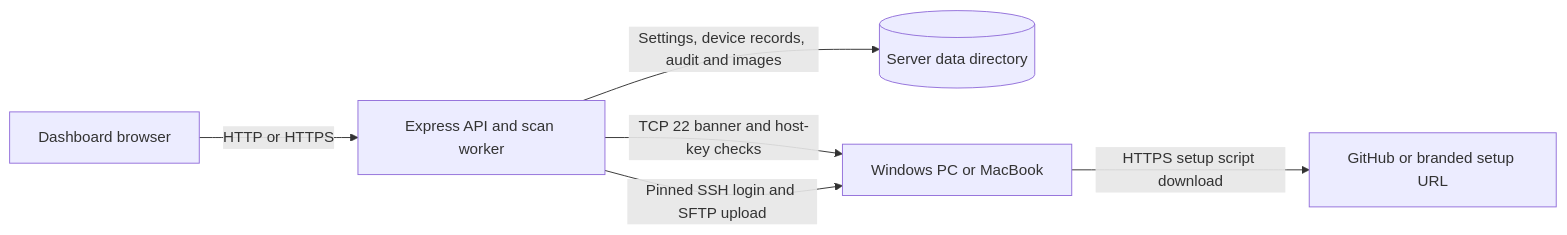
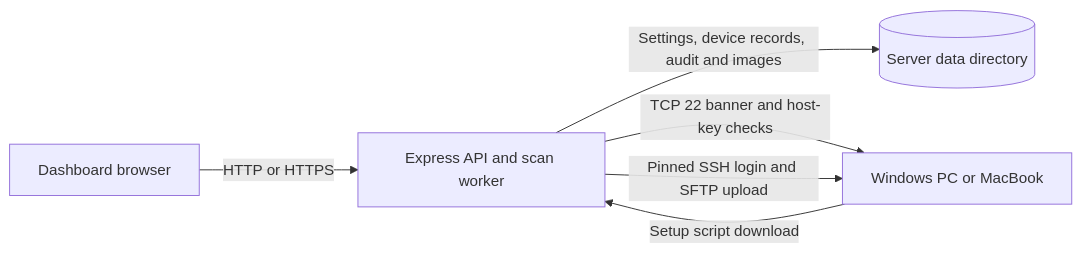
The diagram in DESIGN.md (sanjaykshebbar/WallpaperWizard), drawn with Mermaid before and after one commit. The commit also changed other lines of this file and 10 other files, not shown here.

````diff
--- a/DESIGN.md
+++ b/DESIGN.md
@@ -7,8 +7,8 @@
 ```mermaid
 flowchart LR
     Browser[Dashboard browser] -->|HTTP or HTTPS| Server[Express API and scan worker]
     Server -->|Settings, device records, audit and images| Data[(Server data directory)]
-    Client[Windows PC or MacBook] -->|HTTPS setup script download| Source[GitHub or branded setup URL]
+    Client[Windows PC or MacBook] -->|Setup script download| Server
     Server -->|TCP 22 banner and host-key checks| Client
     Server -->|Pinned SSH login and SFTP upload| Client
 ```
````
